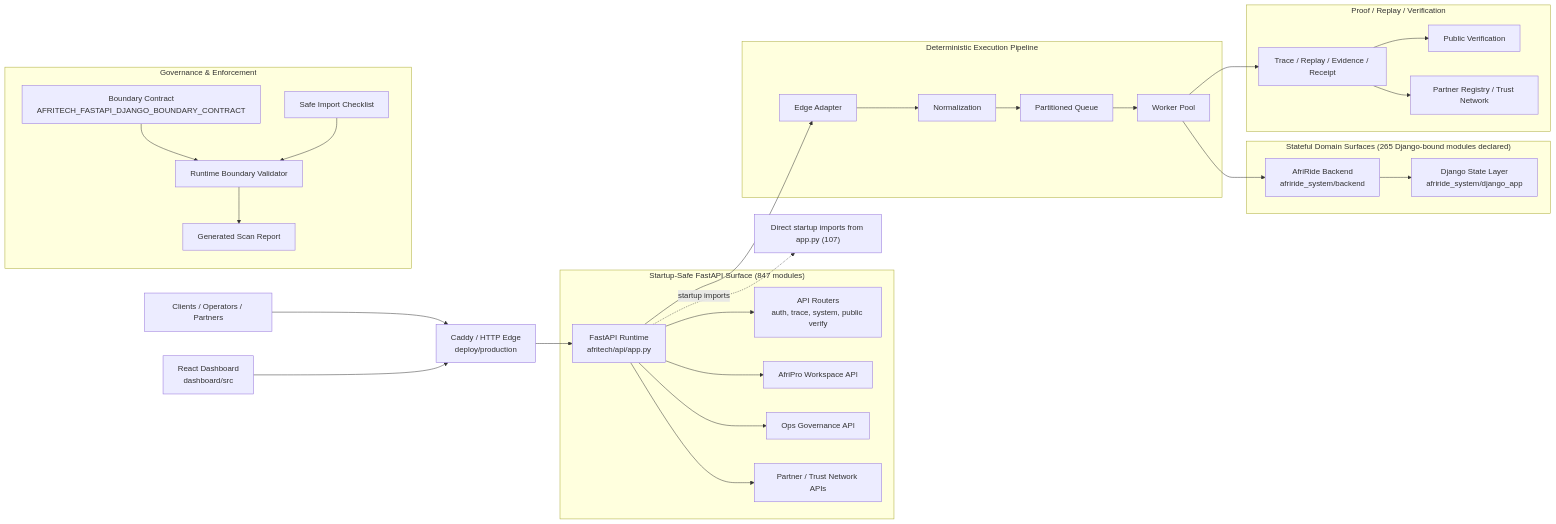
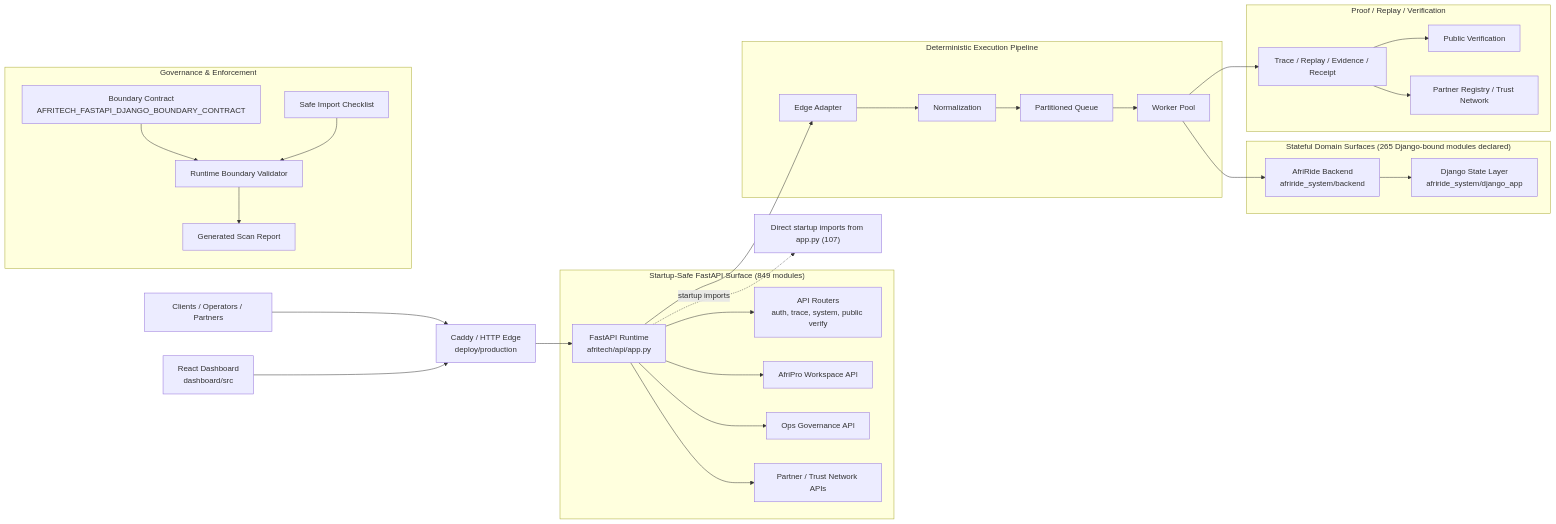
One commit to Strelly2023/afritelematics changed the first of 2 diagrams in docs/architecture/AFRITECH_FULL_ARCHITECTURE_GRAPH.md. Above: the diagram before and after it, drawn with Mermaid. The commit also changed other lines of this file and 11 other files, not shown here.

````diff
--- a/docs/architecture/AFRITECH_FULL_ARCHITECTURE_GRAPH.md
+++ b/docs/architecture/AFRITECH_FULL_ARCHITECTURE_GRAPH.md
@@ -22,39 +22,39 @@
 ```mermaid
 flowchart LR
     Client["Clients / Operators / Partners"] --> Edge["Caddy / HTTP Edge\ndeploy/production"]
     Dashboard["React Dashboard\ndashboard/src"] --> Edge
     Edge --> App["FastAPI Runtime\nafritech/api/app.py"]
 
-    subgraph FastAPI["Startup-Safe FastAPI Surface (847 modules)"]
+    subgraph FastAPI["Startup-Safe FastAPI Surface (849 modules)"]
         App --> Api["API Routers\nauth, trace, system, public verify"]
         App --> Workspace["AfriPro Workspace API"]
         App --> Governance["Ops Governance API"]
         App --> Trust["Partner / Trust Network APIs"]
     end
 
     subgraph Pipeline["Deterministic Execution Pipeline"]
         App --> Adapt["Edge Adapter"]
         Adapt --> Normalize["Normalization"]
         Normalize --> Queue["Partitioned Queue"]
         Queue --> Worker["Worker Pool"]
     end
 
     subgraph State["Stateful Domain Surfaces (265 Django-bound modules declared)"]
         Worker --> Domain["AfriRide Backend\nafriride_system/backend"]
         Domain --> Django["Django State Layer\nafriride_system/django_app"]
     end
 
     subgraph Proof["Proof / Replay / Verification"]
         Worker --> Trace["Trace / Replay / Evidence / Receipt"]
         Trace --> Public["Public Verification"]
         Trace --> Registry["Partner Registry / Trust Network"]
     end
 
     subgraph GovernancePlane["Governance & Enforcement"]
         Contract["Boundary Contract\nAFRITECH_FASTAPI_DJANGO_BOUNDARY_CONTRACT"] --> Validator["Runtime Boundary Validator"]
         Checklist["Safe Import Checklist"] --> Validator
         Validator --> Review["Generated Scan Report"]
     end
 
     App -. startup imports .-> Imports["Direct startup imports from app.py (107)"]
 ```
````
